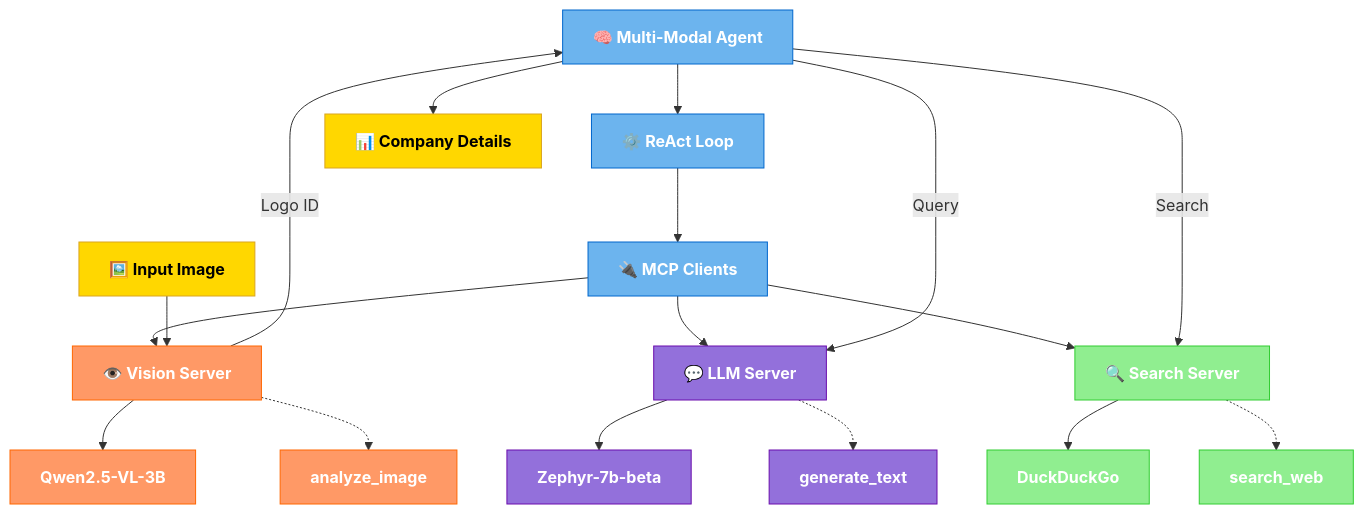
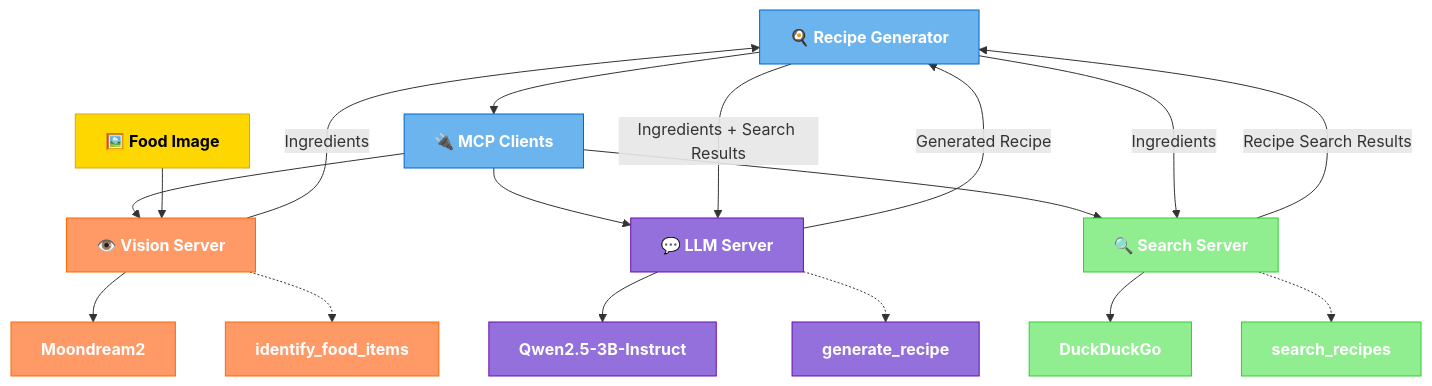
Before and after one commit to gulguluu/multi_modal_agent: the diagram in mcp_agent/README.md, drawn with Mermaid. The commit also changed other lines of this file, not shown here.

Commit message:
Update README to focus on recipe generation use case and accurately reflect current models

````diff
--- a/mcp_agent/README.md
+++ b/mcp_agent/README.md
@@ -21,43 +22,45 @@
 ```mermaid
 flowchart TD
     %% Define styles for nodes and subgraphs
     classDef clientNode fill:#6CB4EE,stroke:#0066CC,color:white,font-weight:bold
     classDef visionNode fill:#FF9966,stroke:#FF6600,color:white,font-weight:bold
     classDef llmNode fill:#9370DB,stroke:#6A0DAD,color:white,font-weight:bold
     classDef searchNode fill:#90EE90,stroke:#32CD32,color:white,font-weight:bold
     classDef workflowNode fill:#FFD700,stroke:#DAA520,color:black,font-weight:bold
     
     %% Client Application
-    Client["🧠 Multi-Modal Agent"] --> AgentLoop["⚙️ ReAct Loop"] --> MCPClients["🔌 MCP Clients"]
+    Client["🍳 Recipe Generator"] --> MCPClients["🔌 MCP Clients"]
     
     %% MCP Servers
     MCPClients --> VisionServer["👁️ Vision Server"] 
     MCPClients --> LLMServer["💬 LLM Server"]
     MCPClients --> SearchServer["🔍 Search Server"]
     
     %% Vision Server
-    VisionServer --> VisionModel["Qwen2.5-VL-3B"] 
-    VisionServer -.-> VisionTools["analyze_image"] 
+    VisionServer --> VisionModel["Moondream2"] 
+    VisionServer -.-> VisionTools["identify_food_items"] 
     
     %% LLM Server
-    LLMServer --> LLMModel["Zephyr-7b-beta"] 
-    LLMServer -.-> LLMTools["generate_text"] 
+    LLMServer --> LLMModel["Qwen2.5-3B-Instruct"] 
+    LLMServer -.-> LLMTools["generate_recipe"] 
     
     %% Search Server
     SearchServer --> SearchEngine["DuckDuckGo"] 
-    SearchServer -.-> SearchTools["search_web"] 
+    SearchServer -.-> SearchTools["search_recipes"] 
     
     %% Workflow
-    Image["🖼️ Input Image"] --> VisionServer
-    VisionServer --> |"Logo ID"| Client
-    Client --> |"Query"| LLMServer
-    Client --> |"Search"| SearchServer
-    Client --> Result["📊 Company Details"]
+    Image["🖼️ Food Image"] --> VisionServer
+    VisionServer --> |"Ingredients"| Client
+    Client --> |"Ingredients"| SearchServer
+    SearchServer --> |"Recipe Search Results"| Client
+    Client --> |"Ingredients + Search Results"| LLMServer
+    LLMServer --> |"Generated Recipe"| Client
     
     %% Apply styles
     class Client,AgentLoop,MCPClients clientNode
     class VisionServer,VisionModel,VisionTools visionNode
     class LLMServer,LLMModel,LLMTools llmNode
     class SearchServer,SearchEngine,SearchTools searchNode
-    class Image,Result workflowNode
+    class Image workflowNode
+    class Result workflowNode
 ```
````
